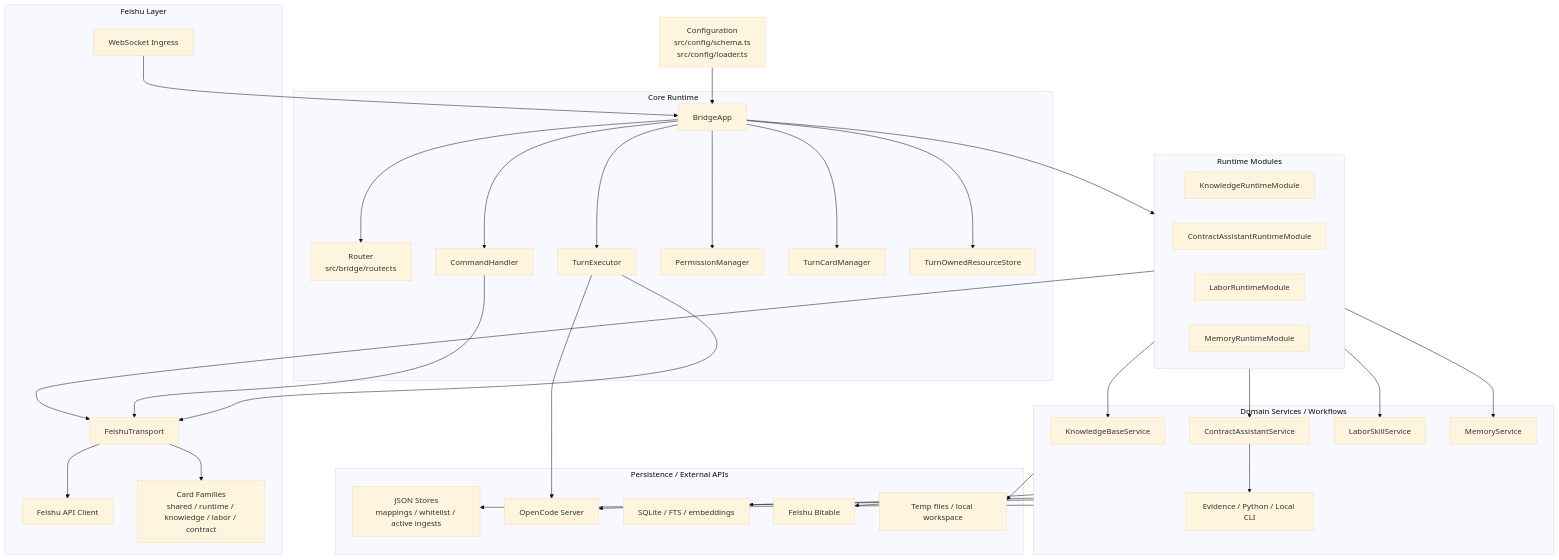
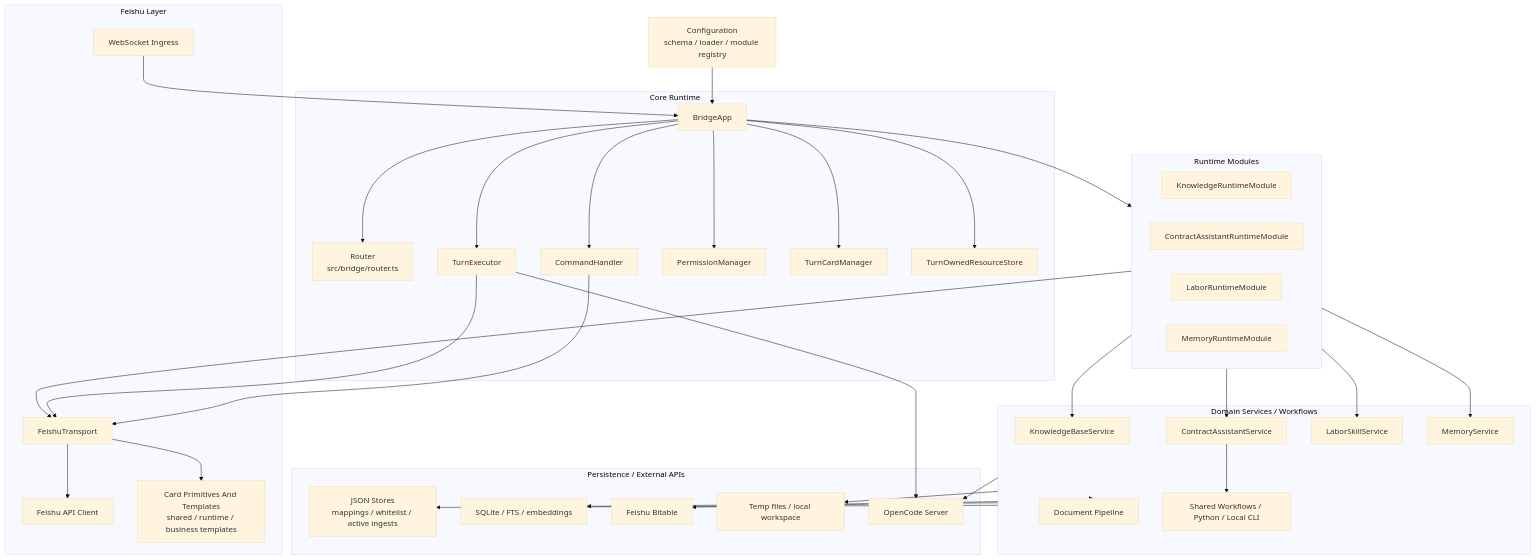
Before and after one commit to Clukay-Fun/feishu-opencode-bridge: the second of 2 diagrams in README.en.md, drawn with Mermaid (base theme). The commit also changed other lines of this file and 76 other files, not shown here.

````diff
--- a/README.en.md
+++ b/README.en.md
@@ -82,72 +86,74 @@
 ```mermaid
 flowchart TB
-    config["Configuration<br/>src/config/schema.ts<br/>src/config/loader.ts"]
+    config["Configuration<br/>schema / loader / module registry"]
 
     subgraph feishu["Feishu Layer"]
       ws["WebSocket Ingress"]
       api["Feishu API Client"]
       transport["FeishuTransport"]
-      cardFamilies["Card Families<br/>shared / runtime / knowledge / labor / contract"]
+      cardRuntime["Card Primitives And Templates<br/>shared / runtime / business templates"]
     end
 
     subgraph core["Core Runtime"]
       app["BridgeApp"]
       router["Router<br/>src/bridge/router.ts"]
       command["CommandHandler"]
       executor["TurnExecutor"]
       permission["PermissionManager"]
       turnCards["TurnCardManager"]
       resources["TurnOwnedResourceStore"]
     end
 
     subgraph modules["Runtime Modules"]
       knowledgeModule["KnowledgeRuntimeModule"]
       contractModule["ContractAssistantRuntimeModule"]
       laborModule["LaborRuntimeModule"]
       memoryModule["MemoryRuntimeModule"]
     end
 
     subgraph services["Domain Services / Workflows"]
       knowledge["KnowledgeBaseService"]
       contract["ContractAssistantService"]
       labor["LaborSkillService"]
       memory["MemoryService"]
-      workflow["Evidence / Python / Local CLI"]
+      documentPipeline["Document Pipeline"]
+      workflow["Shared Workflows / Python / Local CLI"]
     end
 
     subgraph persistence["Persistence / External APIs"]
       json["JSON Stores<br/>mappings / whitelist / active ingests"]
       sqlite["SQLite / FTS / embeddings"]
       bitable["Feishu Bitable"]
       files["Temp files / local workspace"]
       opencode["OpenCode Server"]
     end
 
     config --> app
     ws --> app
     app --> router
     app --> command
     app --> executor
     app --> permission
     app --> turnCards
     app --> resources
     app --> modules
 
     command --> transport
     executor --> opencode
     executor --> transport
     modules --> transport
     transport --> api
-    transport --> cardFamilies
+    transport --> cardRuntime
 
     modules --> knowledge
     modules --> contract
     modules --> labor
     modules --> memory
+    services --> documentPipeline
     services --> json
     services --> sqlite
     services --> bitable
     services --> files
     services --> opencode
     contract --> workflow
 ```
````
